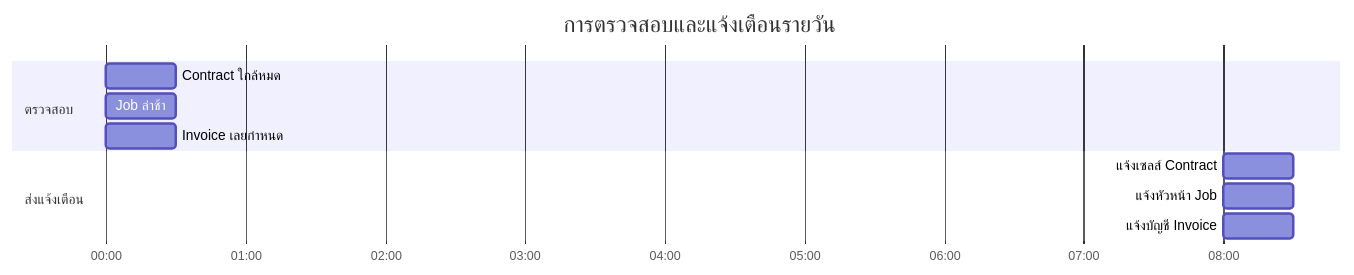
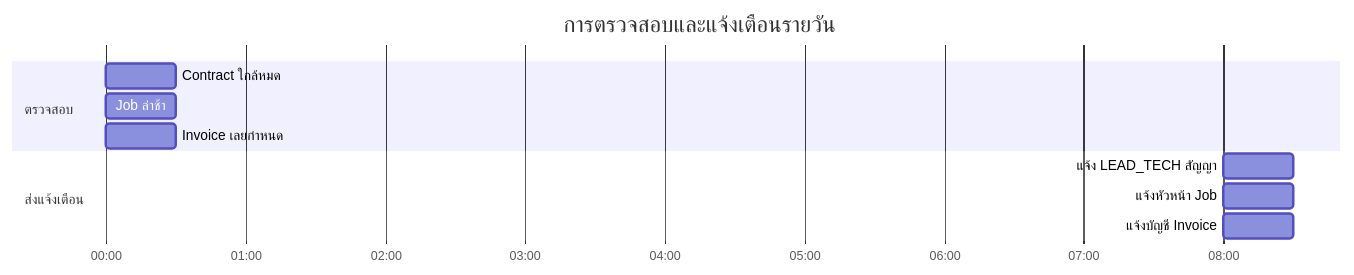
Diagram 32 of 46 in public/docs/FLOW.md (Rachaiyut/mrgreenpest-admin), drawn with Mermaid before and after one commit. The commit also changed other lines of this file, not shown here.

First line of the commit message:
docs(flow): remove standalone Sales role — handled by LEAD_TECH/TECH

````diff
--- a/public/docs/FLOW.md
+++ b/public/docs/FLOW.md
@@ -2631,16 +2558,16 @@
 ```mermaid
 gantt
     title การตรวจสอบและแจ้งเตือนรายวัน
     dateFormat HH:mm
     axisFormat %H:%M
 
     section ตรวจสอบ
     Contract ใกล้หมด        :a1, 00:00, 30m
     Job ล่าช้า               :a2, 00:00, 30m
     Invoice เลยกำหนด        :a3, 00:00, 30m
 
     section ส่งแจ้งเตือน
-    แจ้งเซลส์ Contract       :b1, 08:00, 30m
+    แจ้ง LEAD_TECH สัญญา     :b1, 08:00, 30m
     แจ้งหัวหน้า Job          :b2, 08:00, 30m
     แจ้งบัญชี Invoice        :b3, 08:00, 30m
 ```
````
